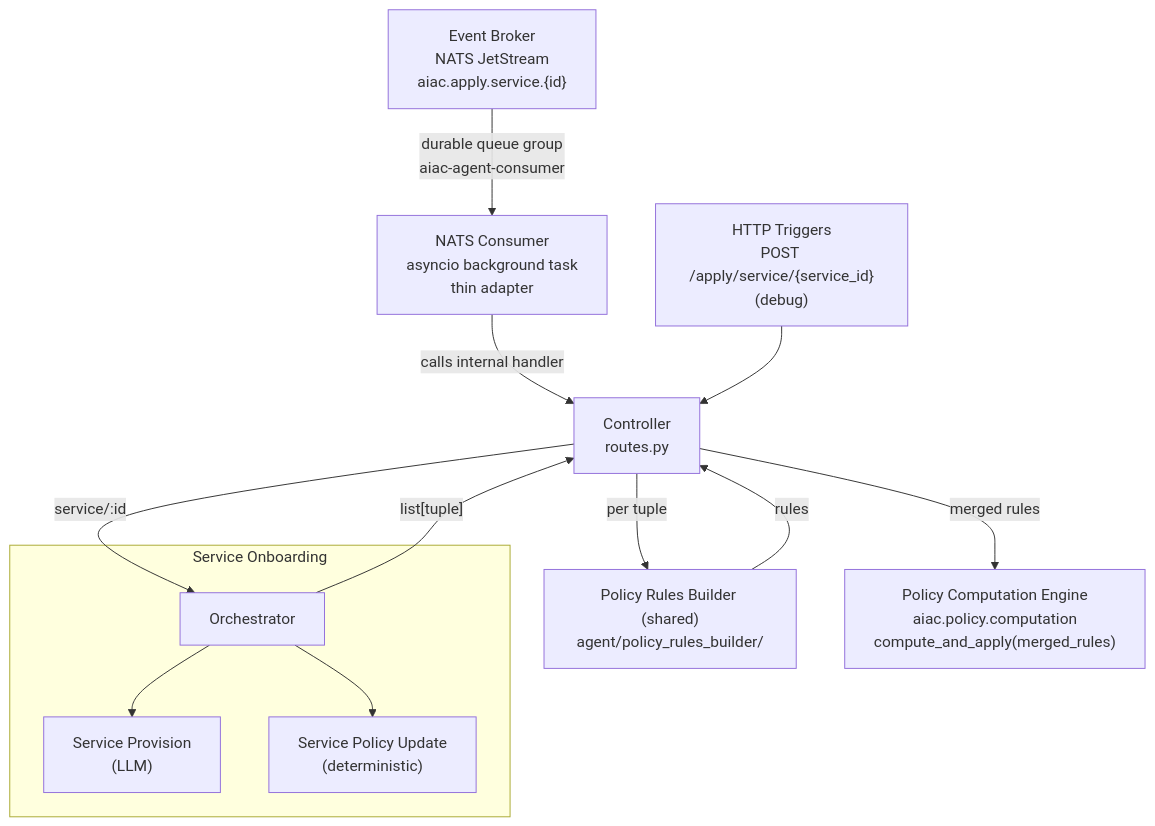
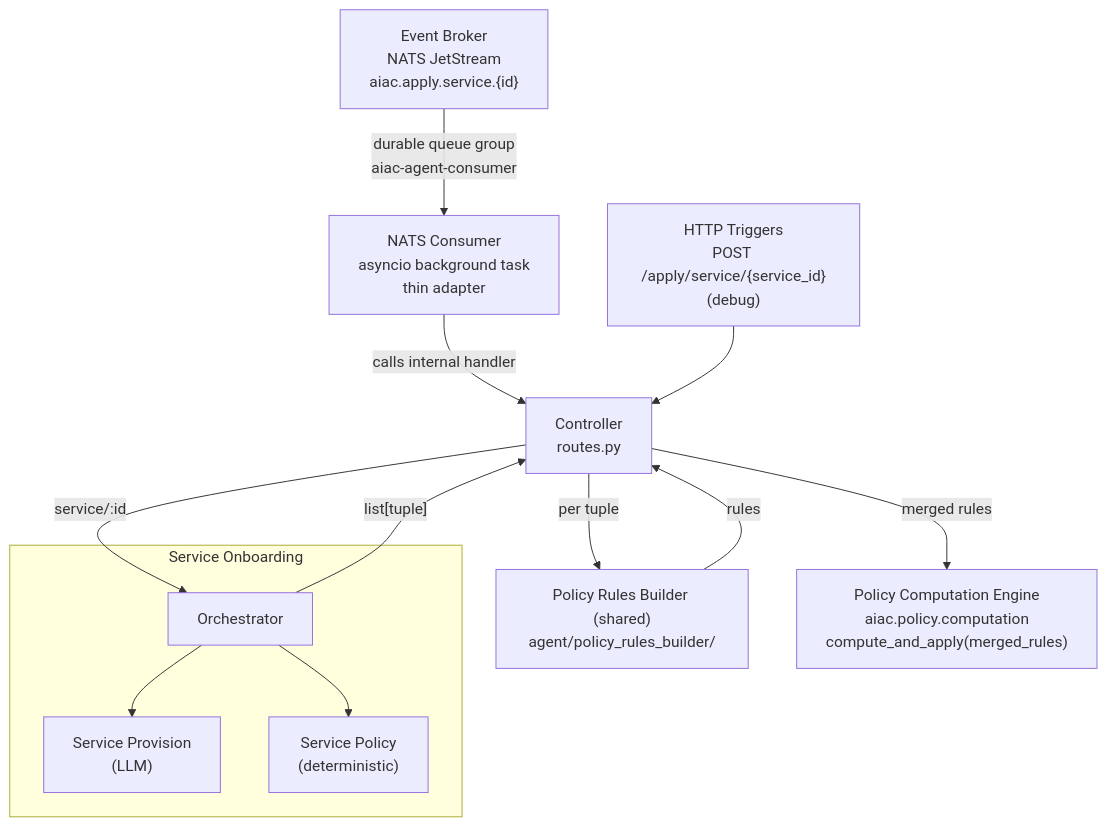
One commit to rossoctl/aiac changed the diagram in inception/requirements/components/aiac-agent/uc1-service-onboarding.md. Above: the diagram before and after it, drawn with Mermaid. The commit also changed other lines of this file and 1 other file, not shown here.

Commit message:
docs(aiac-agent): rename Service Policy Update sub-agent to Service Policy

````diff
--- a/inception/requirements/components/aiac-agent/uc1-service-onboarding.md
+++ b/inception/requirements/components/aiac-agent/uc1-service-onboarding.md
@@ -21,28 +21,28 @@
 ```mermaid
 flowchart TD
     NATS["Event Broker\nNATS JetStream\naiac.apply.service.{id}"]
     NATS_CONSUMER["NATS Consumer\nasyncio background task\nthin adapter"]
     TRIGGERS["HTTP Triggers\nPOST /apply/service/{service_id}\n(debug)"]
     CTRL["Controller\nroutes.py"]
 
     NATS -->|"durable queue group\naiac-agent-consumer"| NATS_CONSUMER
     NATS_CONSUMER -->|"calls internal handler"| CTRL
     TRIGGERS --> CTRL
 
     subgraph CO["Service Onboarding"]
         ORC["Orchestrator"]
         SA_PROV["Service Provision\n(LLM)"]
-        SA_POL["Service Policy Update\n(deterministic)"]
+        SA_POL["Service Policy\n(deterministic)"]
         ORC --> SA_PROV
         ORC --> SA_POL
     end
 
     PRB["Policy Rules Builder (shared)\nagent/policy_rules_builder/"]
     PCE["Policy Computation Engine\naiac.policy.computation\ncompute_and_apply(merged_rules)"]
 
     CTRL -->|"service/:id"| ORC
     ORC -->|"list[tuple]"| CTRL
     CTRL -->|"per tuple"| PRB
     PRB -->|"rules"| CTRL
     CTRL -->|"merged rules"| PCE
 ```
````
